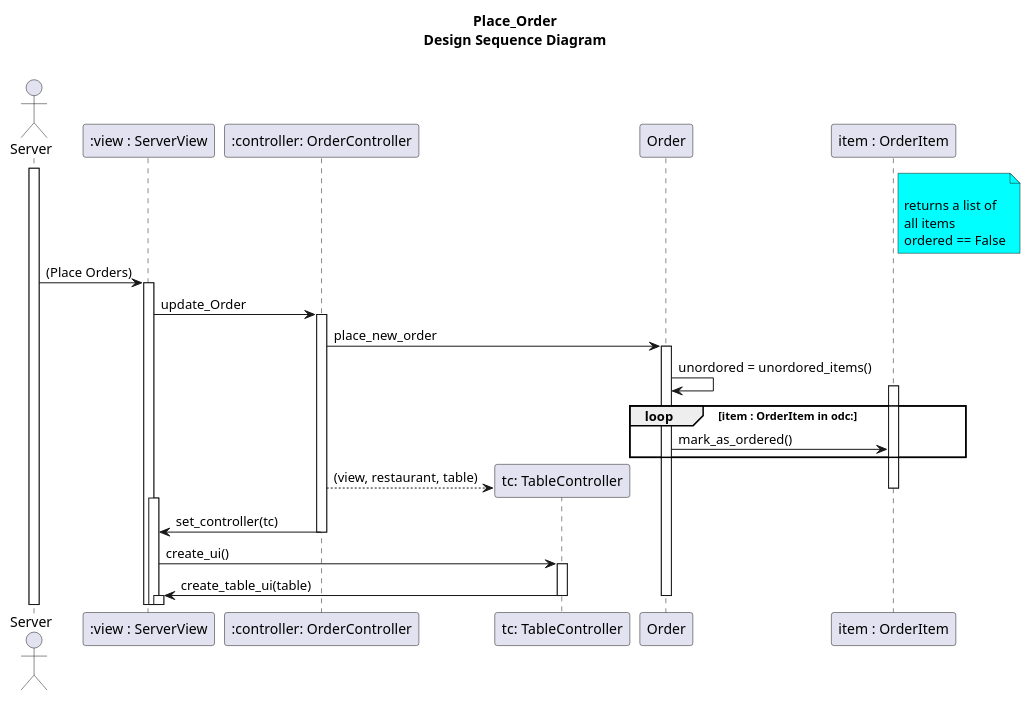
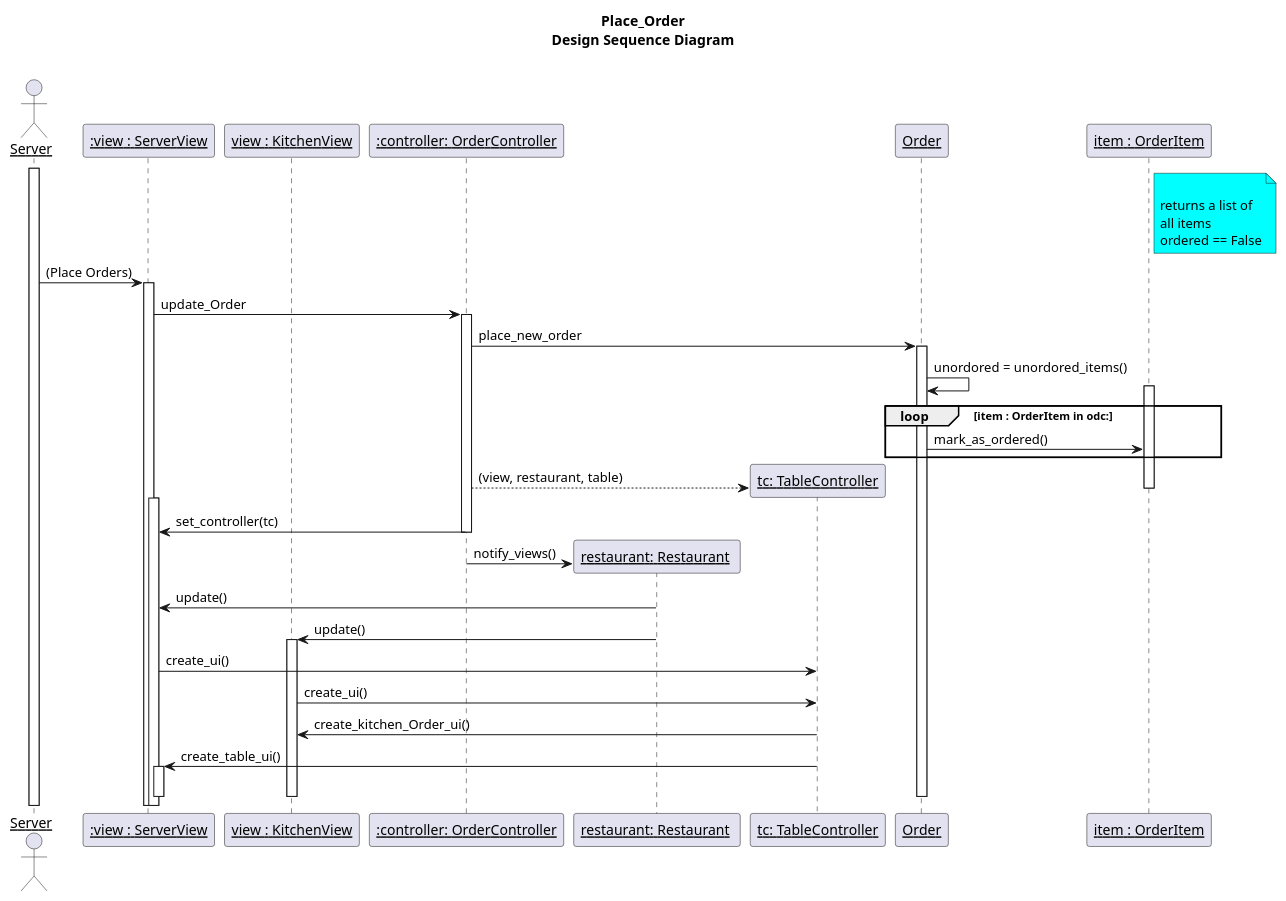
One commit to CTbestcoder/Lab4-Adewolu-Tchameni-Moko changed the diagram in UML Diagrams/Plac_order_practice.puml. Above: the diagram before and after it, drawn with PlantUML. The commit also changed 3 other files, not shown here.

Commit message:
No Change since last time except underline objects and types in sequence diagrams

```diff
--- a/UML Diagrams/Plac_order_practice.puml
+++ b/UML Diagrams/Plac_order_practice.puml
@@ -1,61 +1,73 @@
 @startuml
-
+skinparam sequenceParticipant underline
 
 title Place_Order\n**Design** Sequence Diagram\n
 
 actor Server as client
 participant ":view : ServerView" as svv
+participant "view : KitchenView" as Kvv
 participant ":controller: OrderController" as odc
+participant "restaurant: Restaurant " as nv
 participant "tc: TableController" as tc
 participant "Order" as or
 participant "item : OrderItem" as it
 
 activate client
 
 
 note right of it #aqua
 
 returns a list of
 all items
 ordered == False
 end note
 
 
 client -> svv ++: (Place Orders)
 svv->odc++: update_Order
 odc->or++:place_new_order
 or->or: unordored = unordored_items()
 
 
 loop item : OrderItem in odc:
     activate it
     or->it:mark_as_ordered()
 
     end
 
 
 odc-->tc**: (view, restaurant, table)
+
 deactivate it
 activate svv
 odc->svv--: set_controller(tc)
 
-svv->tc++:create_ui()
+odc->nv**: notify_views()
+nv->svv: update()
+
+nv->Kvv: update()
+activate Kvv
+
+ svv->tc: create_ui()
+ Kvv->tc: create_ui()
+ tc->Kvv: create_kitchen_Order_ui()
+ tc->svv: create_table_ui()
 
 
-tc->svv--:create_table_ui(table)
+
 activate svv
 deactivate svv
 
 
 
 
 
 deactivate
 
 
 
 deactivate
 
 
 
 @enduml
```
